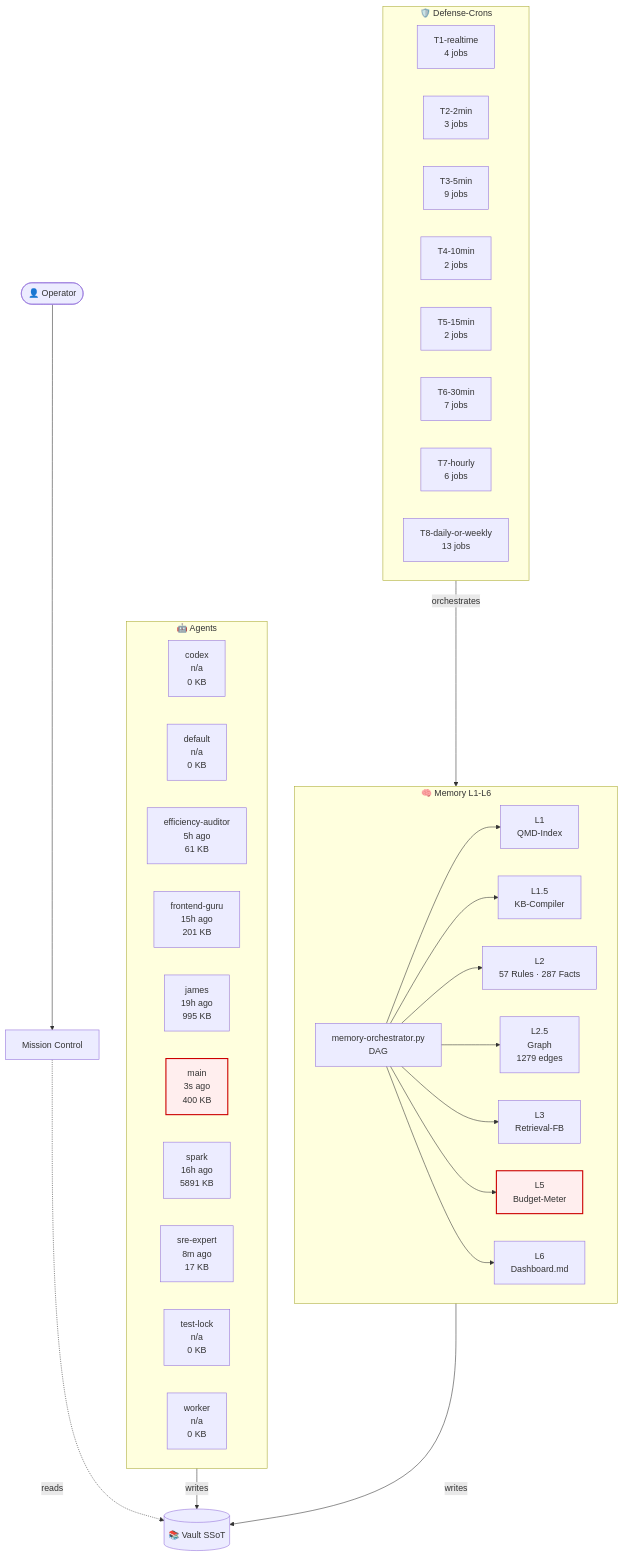
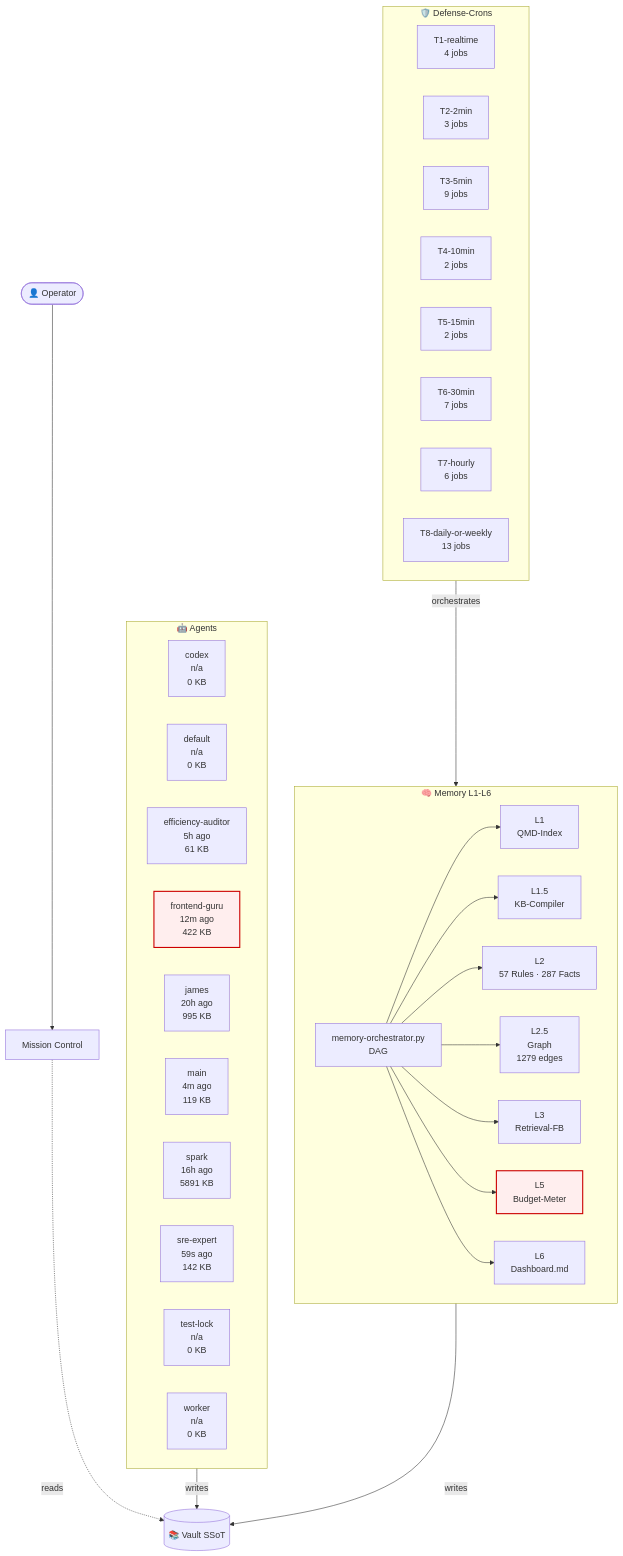
The diagram in 03-Agents/architecture-live.md (lenardhuebner88-rgb/openclaw-memory), drawn with Mermaid before and after one commit. The commit also changed other lines of this file and 6 other files, not shown here.

````diff
--- a/03-Agents/architecture-live.md
+++ b/03-Agents/architecture-live.md
@@ -18,53 +18,53 @@
 ```mermaid
 flowchart TB
     classDef critical fill:#fee,stroke:#c00,stroke-width:2px;
     subgraph AGT["🤖 Agents"]
         agent_codex["codex<br/>n/a<br/>0 KB"]
         agent_default["default<br/>n/a<br/>0 KB"]
         agent_efficiency_auditor["efficiency-auditor<br/>5h ago<br/>61 KB"]
-        agent_frontend_guru["frontend-guru<br/>15h ago<br/>201 KB"]
-        agent_james["james<br/>19h ago<br/>995 KB"]
-        agent_main["main<br/>3s ago<br/>400 KB"]
+        agent_frontend_guru["frontend-guru<br/>12m ago<br/>422 KB"]
+        agent_james["james<br/>20h ago<br/>995 KB"]
+        agent_main["main<br/>4m ago<br/>119 KB"]
         agent_spark["spark<br/>16h ago<br/>5891 KB"]
-        agent_sre_expert["sre-expert<br/>8m ago<br/>17 KB"]
+        agent_sre_expert["sre-expert<br/>59s ago<br/>142 KB"]
         agent_test_lock["test-lock<br/>n/a<br/>0 KB"]
         agent_worker["worker<br/>n/a<br/>0 KB"]
     end
     subgraph MEM["🧠 Memory L1-L6"]
         L1["L1<br/>QMD-Index"]
         L15["L1.5<br/>KB-Compiler"]
         L2["L2<br/>57 Rules · 287 Facts"]
         L25["L2.5<br/>Graph<br/>1279 edges"]
         L3["L3<br/>Retrieval-FB"]
         L5["L5<br/>Budget-Meter"]
         L6["L6<br/>Dashboard.md"]
         ORCH["memory-orchestrator.py<br/>DAG"]
     end
     subgraph CRN["🛡️ Defense-Crons"]
         tier_T1_realtime["T1-realtime<br/>4 jobs"]
         tier_T2_2min["T2-2min<br/>3 jobs"]
         tier_T3_5min["T3-5min<br/>9 jobs"]
         tier_T4_10min["T4-10min<br/>2 jobs"]
         tier_T5_15min["T5-15min<br/>2 jobs"]
         tier_T6_30min["T6-30min<br/>7 jobs"]
         tier_T7_hourly["T7-hourly<br/>6 jobs"]
         tier_T8_daily_or_weekly["T8-daily-or-weekly<br/>13 jobs"]
     end
     VAULT[("📚 Vault SSoT")]
     OP([👤 Operator])
     MC["Mission Control"]
     OP --> MC
     MC -.reads.-> VAULT
     AGT -->|writes| VAULT
     MEM -->|writes| VAULT
     ORCH --> L1
     ORCH --> L15
     ORCH --> L2
     ORCH --> L25
     ORCH --> L3
     ORCH --> L5
     ORCH --> L6
     CRN -->|orchestrates| MEM
     class L5 critical
-    class agent_main critical
+    class agent_frontend_guru critical
 ```
````
